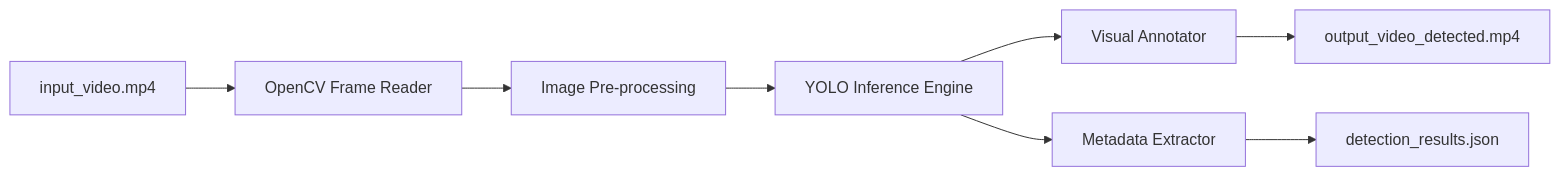
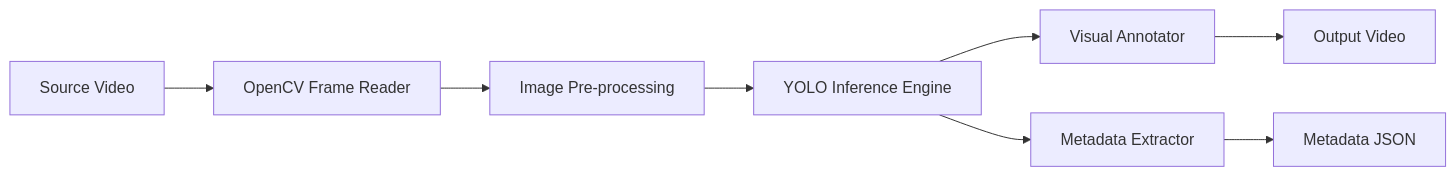
Before and after one commit to kobylev/L45-Homework: the diagram in README.md, drawn with Mermaid. The commit also changed other lines of this file, not shown here.

````diff
--- a/README.md
+++ b/README.md
@@ -35,10 +37,10 @@
 ```mermaid
 graph LR
-    Video[input_video.mp4] --> OpenCV[OpenCV Frame Reader]
+    Video[Source Video] --> OpenCV[OpenCV Frame Reader]
     OpenCV --> PreProc[Image Pre-processing]
     PreProc --> YOLO[YOLO Inference Engine]
     YOLO --> PostProc[Visual Annotator]
     YOLO --> Meta[Metadata Extractor]
-    PostProc --> OutVid[output_video_detected.mp4]
-    Meta --> OutJSON[detection_results.json]
+    PostProc --> OutVid[Output Video]
+    Meta --> OutJSON[Metadata JSON]
 ```
````
